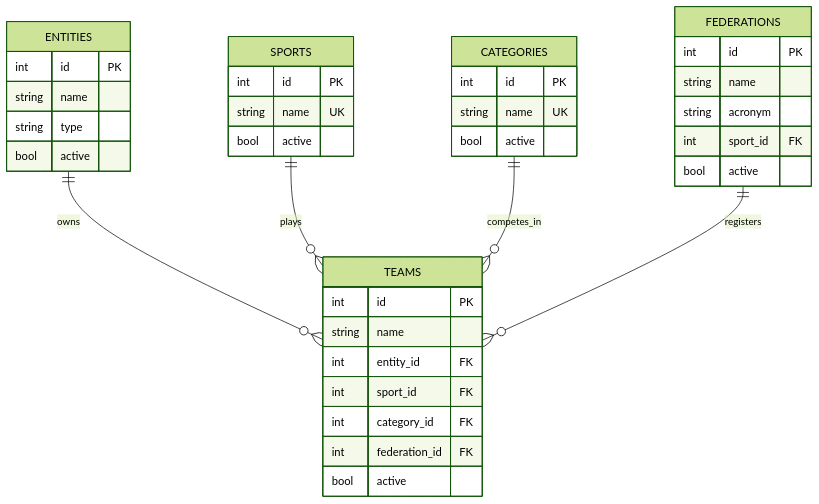
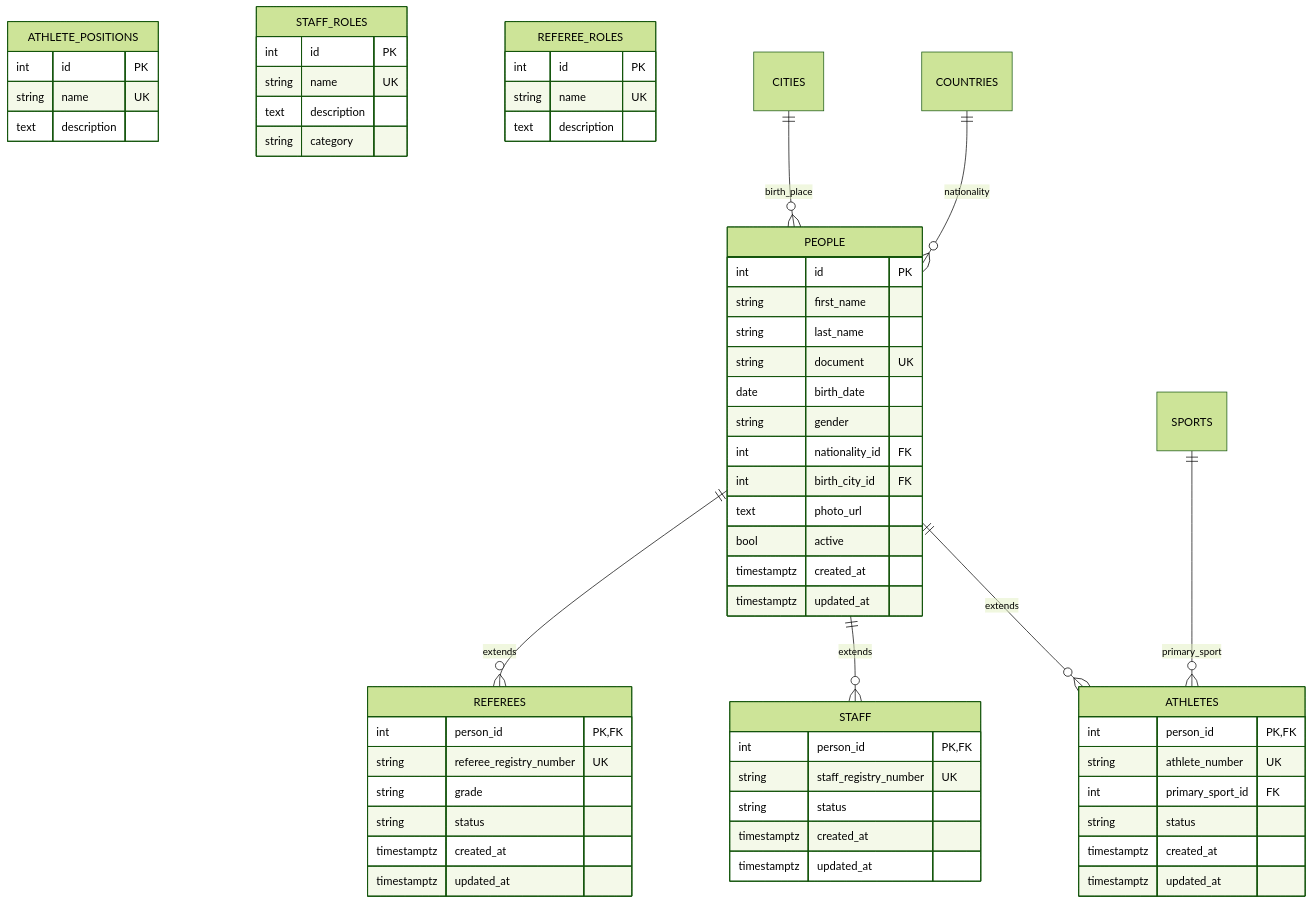
One commit to gsennaura/sportify-api changed the third of 5 diagrams in scripts/sql/creation_database/README.md. Above: the diagram before and after it, drawn with Mermaid (forest theme). The commit also changed other lines of this file and 18 other files, not shown here.

````diff
--- a/scripts/sql/creation_database/README.md
+++ b/scripts/sql/creation_database/README.md
@@ -202,44 +86,69 @@
 ```mermaid
 erDiagram
-    ENTITIES {
+    PEOPLE {
         int id PK
-        string name
-        string type
+        string first_name
+        string last_name
+        string document UK
+        date birth_date
+        string gender
+        int nationality_id FK
+        int birth_city_id FK
+        text photo_url
         bool active
+        timestamptz created_at
+        timestamptz updated_at
     }
     
-    SPORTS {
+    ATHLETES {
+        int person_id PK,FK
+        string athlete_number UK
+        int primary_sport_id FK
+        string status
+        timestamptz created_at
+        timestamptz updated_at
+    }
+    
+    STAFF {
+        int person_id PK,FK
+        string staff_registry_number UK
+        string status
+        timestamptz created_at
+        timestamptz updated_at
+    }
+    
+    REFEREES {
+        int person_id PK,FK
+        string referee_registry_number UK
+        string grade
+        string status
+        timestamptz created_at
+        timestamptz updated_at
+    }
+    
+    ATHLETE_POSITIONS {
         int id PK
         string name UK
-        bool active
+        text description
     }
     
-    FEDERATIONS {
+    STAFF_ROLES {
         int id PK
-        string name
-        string acronym
-        int sport_id FK
-        bool active
+        string name UK
+        text description
+        string category
     }
     
-    CATEGORIES {
+    REFEREE_ROLES {
         int id PK
         string name UK
-        bool active
+        text description
     }
     
-    TEAMS {
-        int id PK
-        string name
-        int entity_id FK
-        int sport_id FK
-        int category_id FK
-        int federation_id FK
-        bool active
-    }
-    
-    ENTITIES ||--o{ TEAMS : owns
-    SPORTS ||--o{ TEAMS : plays
-    CATEGORIES ||--o{ TEAMS : competes_in
-    FEDERATIONS ||--o{ TEAMS : registers
+    PEOPLE ||--o{ ATHLETES : extends
+    PEOPLE ||--o{ STAFF : extends
+    PEOPLE ||--o{ REFEREES : extends
+    COUNTRIES ||--o{ PEOPLE : nationality
+    CITIES ||--o{ PEOPLE : birth_place
+    SPORTS ||--o{ ATHLETES : primary_sport
 ```
````
